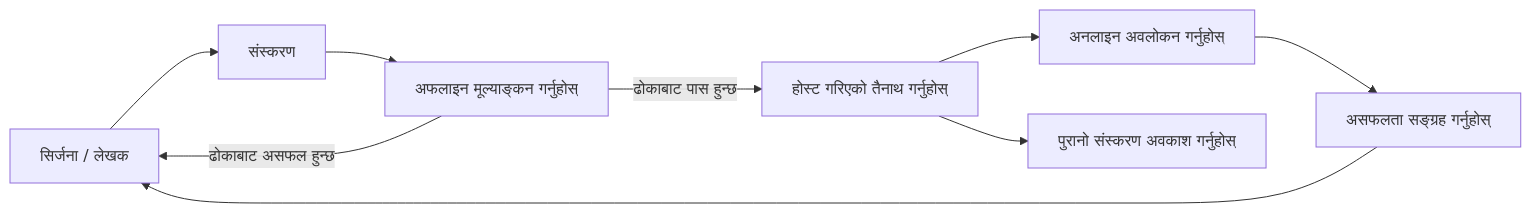
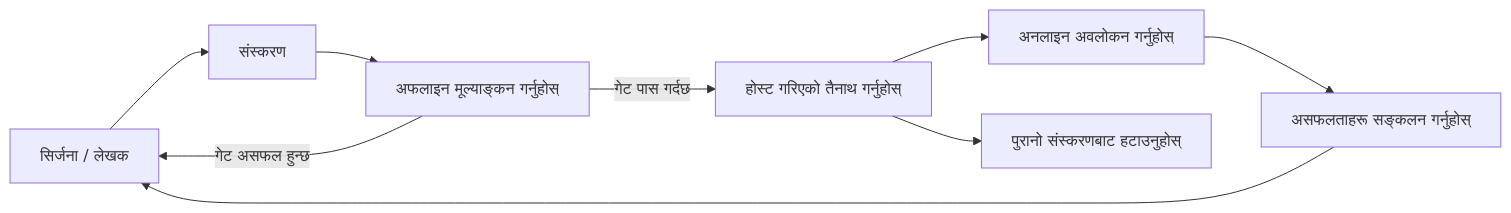
Before and after one commit to gabrielmoreira/agent-skills-mirror: the second of 4 diagrams in mirrors/repos/microsoft@ai-agents-for-beginners/translations/ne/16-deploying-scalable-agents/README.md, drawn with Mermaid. The commit also changed other lines of this file and 3581 other files, not shown here.

````diff
--- a/mirrors/repos/microsoft@ai-agents-for-beginners/translations/ne/16-deploying-scalable-agents/README.md
+++ b/mirrors/repos/microsoft@ai-agents-for-beginners/translations/ne/16-deploying-scalable-agents/README.md
@@ -108,11 +108,11 @@
 ```mermaid
 flowchart LR
     Create[सिर्जना / लेखक] --> Version[संस्करण]
     Version --> Evaluate[अफलाइन मूल्याङ्कन गर्नुहोस्]
-    Evaluate -->|ढोकाबाट पास हुन्छ| Deploy[होस्ट गरिएको तैनाथ गर्नुहोस्]
-    Evaluate -->|ढोकाबाट असफल हुन्छ| Create
+    Evaluate -->|गेट पास गर्दछ| Deploy[होस्ट गरिएको तैनाथ गर्नुहोस्]
+    Evaluate -->|गेट असफल हुन्छ| Create
     Deploy --> Observe[अनलाइन अवलोकन गर्नुहोस्]
-    Observe --> Improve[असफलता सङ्ग्रह गर्नुहोस्]
+    Observe --> Improve[असफलताहरू सङ्कलन गर्नुहोस्]
     Improve --> Create
-    Deploy --> Retire[पुरानो संस्करण अवकाश गर्नुहोस्]
+    Deploy --> Retire[पुरानो संस्करणबाट हटाउनुहोस्]
 ```
````
